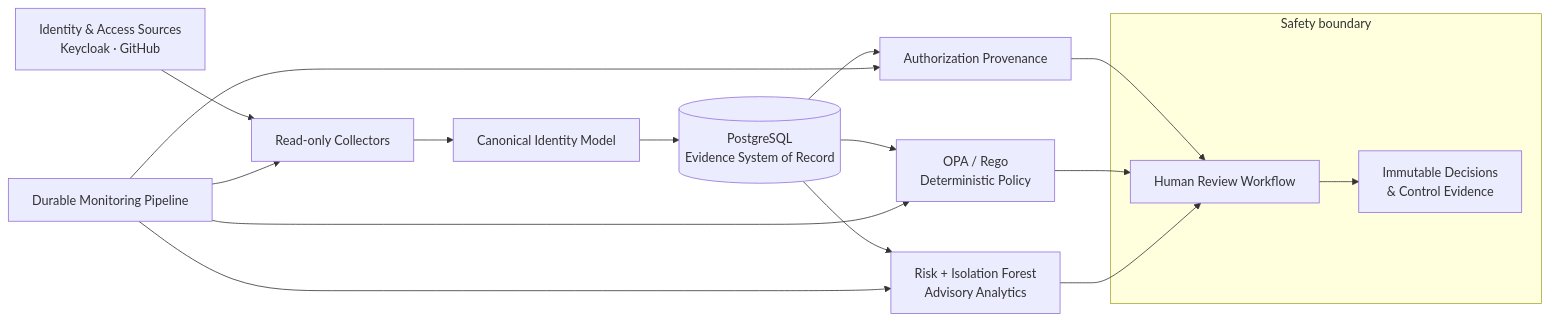
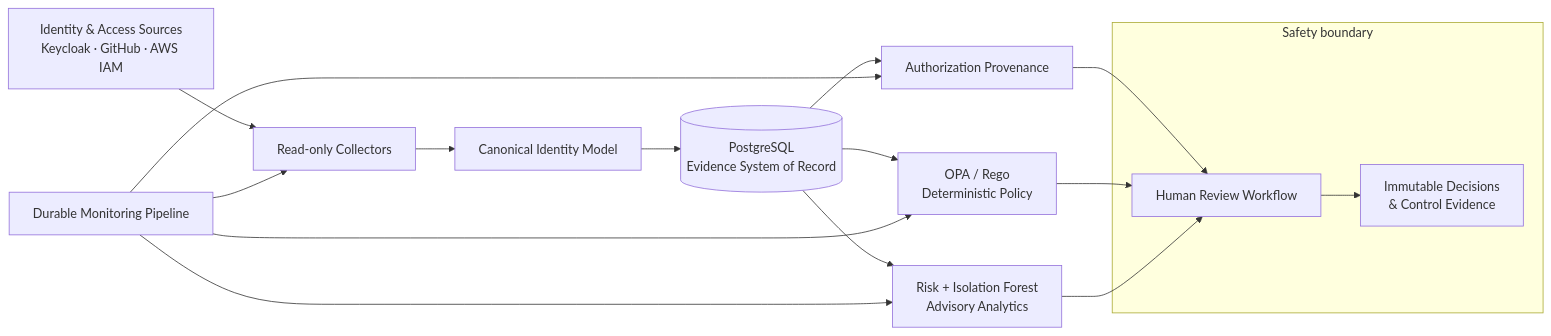
One commit to Samuelabhinav37/Athena changed the diagram in README.md. Above: the diagram before and after it, drawn with Mermaid. The commit also changed other lines of this file and 10 other files, not shown here.

Commit message:
Add AWS IAM authorization connector

````diff
--- a/README.md
+++ b/README.md
@@ -47,25 +47,25 @@
 ```mermaid
 flowchart LR
-    Sources["Identity & Access Sources<br/>Keycloak · GitHub"] --> Collect["Read-only Collectors"]
+    Sources["Identity & Access Sources<br/>Keycloak · GitHub · AWS IAM"] --> Collect["Read-only Collectors"]
     Collect --> Normalize["Canonical Identity Model"]
     Normalize --> DB[(PostgreSQL<br/>Evidence System of Record)]
 
     DB --> Provenance["Authorization Provenance"]
     DB --> Policy["OPA / Rego<br/>Deterministic Policy"]
     DB --> Analytics["Risk + Isolation Forest<br/>Advisory Analytics"]
 
     Provenance --> Review["Human Review Workflow"]
     Policy --> Review
     Analytics --> Review
     Review --> Evidence["Immutable Decisions<br/>& Control Evidence"]
 
     Scheduler["Durable Monitoring Pipeline"] --> Collect
     Scheduler --> Provenance
     Scheduler --> Policy
     Scheduler --> Analytics
 
     subgraph Safety["Safety boundary"]
         Review
         Evidence
     end
 ```
````
